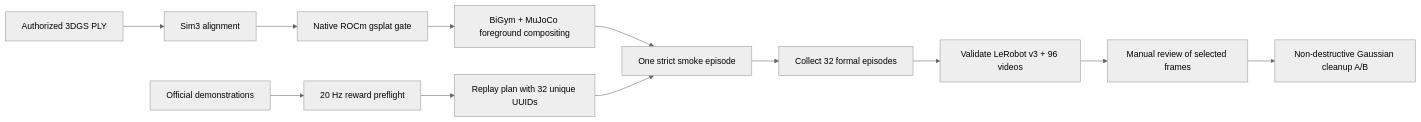
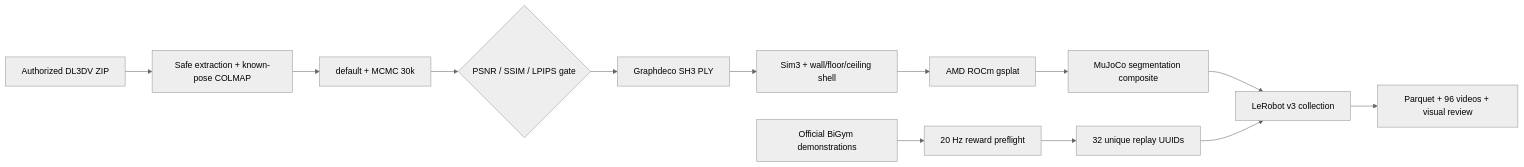
The diagram in README.md (eust-w/amd-bigym-3dgs-rocm), drawn with Mermaid (neutral theme) before and after one commit. The commit also changed other lines of this file and 34 other files, not shown here.

````diff
--- a/README.md
+++ b/README.md
@@ -33,14 +47,15 @@
 ```mermaid
 flowchart LR
-  A[Authorized 3DGS PLY] --> B[Sim3 alignment]
-  B --> C[Native ROCm gsplat gate]
-  C --> D[BiGym + MuJoCo foreground compositing]
-  E[Official demonstrations] --> F[20 Hz reward preflight]
-  F --> G[Replay plan with 32 unique UUIDs]
-  D --> H[One strict smoke episode]
-  G --> H
-  H --> I[Collect 32 formal episodes]
-  I --> J[Validate LeRobot v3 + 96 videos]
-  J --> K[Manual review of selected frames]
-  K --> L[Non-destructive Gaussian cleanup A/B]
+  A[Authorized DL3DV ZIP] --> B[Safe extraction + known-pose COLMAP]
+  B --> C[default + MCMC 30k]
+  C --> D{PSNR / SSIM / LPIPS gate}
+  D --> E[Graphdeco SH3 PLY]
+  E --> F[Sim3 + wall/floor/ceiling shell]
+  F --> G[AMD ROCm gsplat]
+  G --> H[MuJoCo segmentation composite]
+  I[Official BiGym demonstrations] --> J[20 Hz reward preflight]
+  J --> K[32 unique replay UUIDs]
+  H --> L[LeRobot v3 collection]
+  K --> L
+  L --> M[Parquet + 96 videos + visual review]
 ```
````
